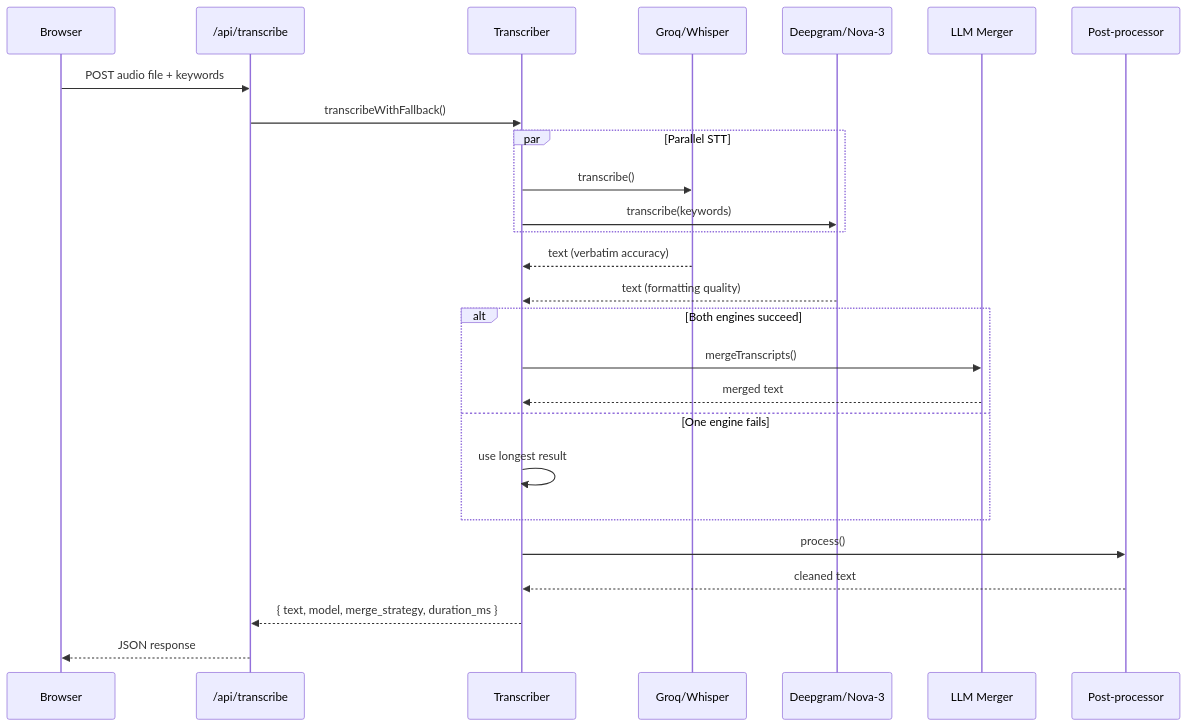
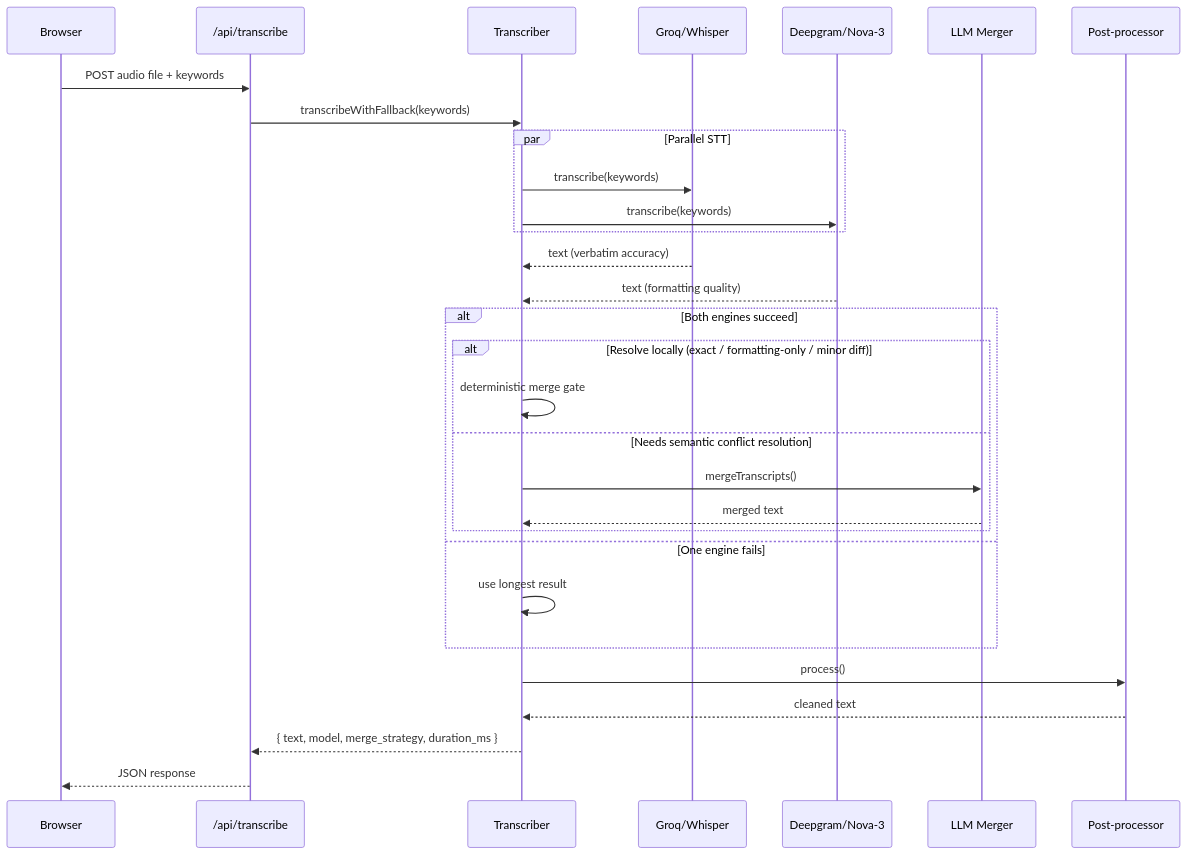
One commit to Snehit70/voice_web changed the fourth of 5 diagrams in README.md. Above: the diagram before and after it, drawn with Mermaid. The commit also changed 11 other files, not shown here.

````diff
--- a/README.md
+++ b/README.md
@@ -121,33 +121,37 @@
 ```mermaid
 sequenceDiagram
     participant Browser
     participant API as /api/transcribe
     participant Transcriber
     participant Groq as Groq/Whisper
     participant Deepgram as Deepgram/Nova-3
     participant LLM as LLM Merger
     participant PP as Post-processor
 
     Browser->>API: POST audio file + keywords
-    API->>Transcriber: transcribeWithFallback()
+    API->>Transcriber: transcribeWithFallback(keywords)
     
     par Parallel STT
-        Transcriber->>Groq: transcribe()
+        Transcriber->>Groq: transcribe(keywords)
         Transcriber->>Deepgram: transcribe(keywords)
     end
 
     Groq-->>Transcriber: text (verbatim accuracy)
     Deepgram-->>Transcriber: text (formatting quality)
 
     alt Both engines succeed
-        Transcriber->>LLM: mergeTranscripts()
-        LLM-->>Transcriber: merged text
+        alt Resolve locally (exact / formatting-only / minor diff)
+            Transcriber->>Transcriber: deterministic merge gate
+        else Needs semantic conflict resolution
+            Transcriber->>LLM: mergeTranscripts()
+            LLM-->>Transcriber: merged text
+        end
     else One engine fails
         Transcriber->>Transcriber: use longest result
     end
 
     Transcriber->>PP: process()
     PP-->>Transcriber: cleaned text
     Transcriber-->>API: { text, model, merge_strategy, duration_ms }
     API-->>Browser: JSON response
 ```
````
